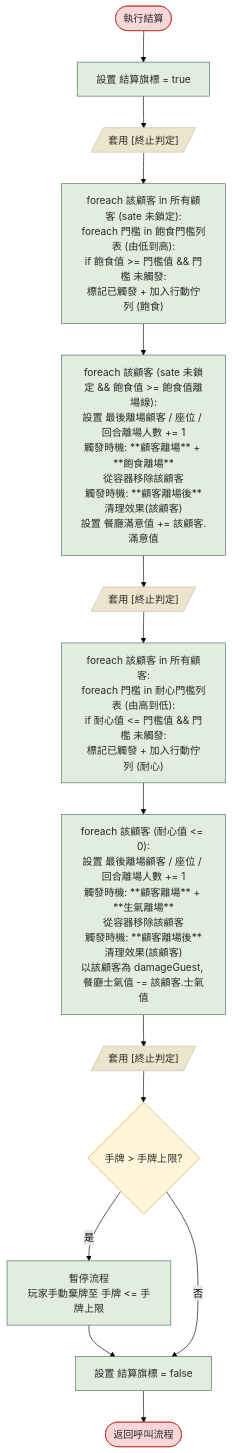
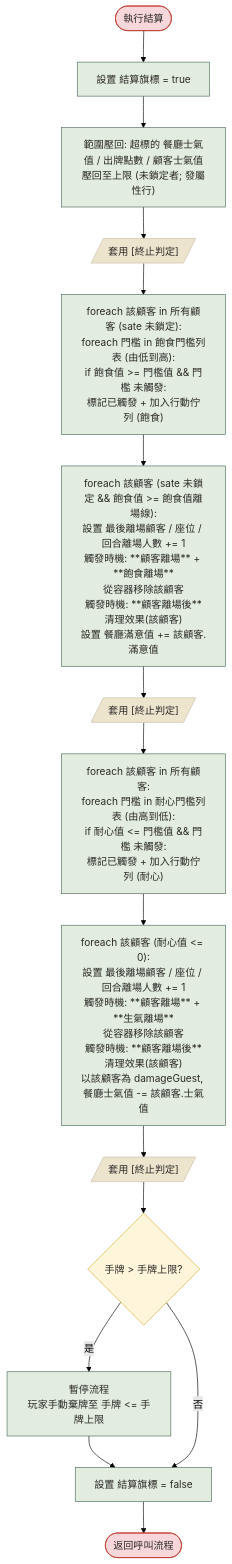
Before and after one commit to yinweli/RovingDiner: the diagram in doc/build-html/mermaid/flow-sub-settle.mmd, drawn with Mermaid (forest theme). The commit also changed 3 other files, not shown here.

Commit message:
Doc | 屬性寫入範圍成文(營業規格書二十三逐列範圍與寫入範圍通則、二十執行結算首步範圍壓回成文+偽碼+mermaid、PROGRESS clamp 待辦清項)

```diff
--- a/doc/build-html/mermaid/flow-sub-settle.mmd
+++ b/doc/build-html/mermaid/flow-sub-settle.mmd
@@ -1,23 +1,24 @@
 flowchart TD
     Start([執行結算]) --> A0["設置 結算旗標 = true"]
-    A0 --> J1[/"套用 [終止判定]"/]
+    A0 --> C0["範圍壓回: 超標的 餐廳士氣值 / 出牌點數 / 顧客士氣值<br/>壓回至上限 (未鎖定者; 發屬性行)"]
+    C0 --> J1[/"套用 [終止判定]"/]
     J1 --> A1["foreach 該顧客 in 所有顧客 (sate 未鎖定):<br/>foreach 門檻 in 飽食門檻列表 (由低到高):<br/>if 飽食值 >= 門檻值 && 門檻 未觸發:<br/>標記已觸發 + 加入行動佇列 (飽食)"]
     A1 --> A2["foreach 該顧客 (sate 未鎖定 && 飽食值 >= 飽食值離場線):<br/>設置 最後離場顧客 / 座位 / 回合離場人數 += 1<br/>觸發時機: **顧客離場** + **飽食離場**<br/>從容器移除該顧客<br/>觸發時機: **顧客離場後**<br/>清理效果(該顧客)<br/>設置 餐廳滿意值 += 該顧客.滿意值"]
     A2 --> J2[/"套用 [終止判定]"/]
     J2 --> A3["foreach 該顧客 in 所有顧客:<br/>foreach 門檻 in 耐心門檻列表 (由高到低):<br/>if 耐心值 <= 門檻值 && 門檻 未觸發:<br/>標記已觸發 + 加入行動佇列 (耐心)"]
     A3 --> A4["foreach 該顧客 (耐心值 <= 0):<br/>設置 最後離場顧客 / 座位 / 回合離場人數 += 1<br/>觸發時機: **顧客離場** + **生氣離場**<br/>從容器移除該顧客<br/>觸發時機: **顧客離場後**<br/>清理效果(該顧客)<br/>以該顧客為 damageGuest, 餐廳士氣值 -= 該顧客.士氣值"]
     A4 --> J3[/"套用 [終止判定]"/]
     J3 --> B1{"手牌 > 手牌上限?"}
     B1 -->|是| A5["暫停流程<br/>玩家手動棄牌至 手牌 <= 手牌上限"]
     A5 --> A6["設置 結算旗標 = false"]
     B1 -->|否| A6
     A6 --> End([返回呼叫流程])
 
     class Start,End terminal
-    class A0,A1,A2,A3,A4,A5,A6 action
+    class A0,C0,A1,A2,A3,A4,A5,A6 action
     class B1 decision
     class J1,J2,J3 cleanup
     classDef action fill:#e2ecdf,stroke:#4a6c5a,color:#2b2a26
     classDef cleanup fill:#ede4ce,stroke:#c9c0a8,color:#2b2a26
     classDef decision fill:#fff5db,stroke:#d4a72c,color:#2b2a26
     classDef terminal fill:#f8d7da,stroke:#c0392b,color:#2b2a26
```
